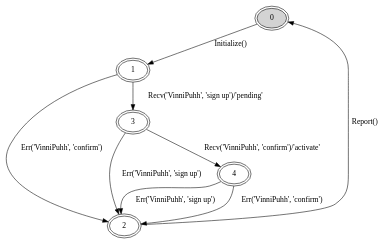
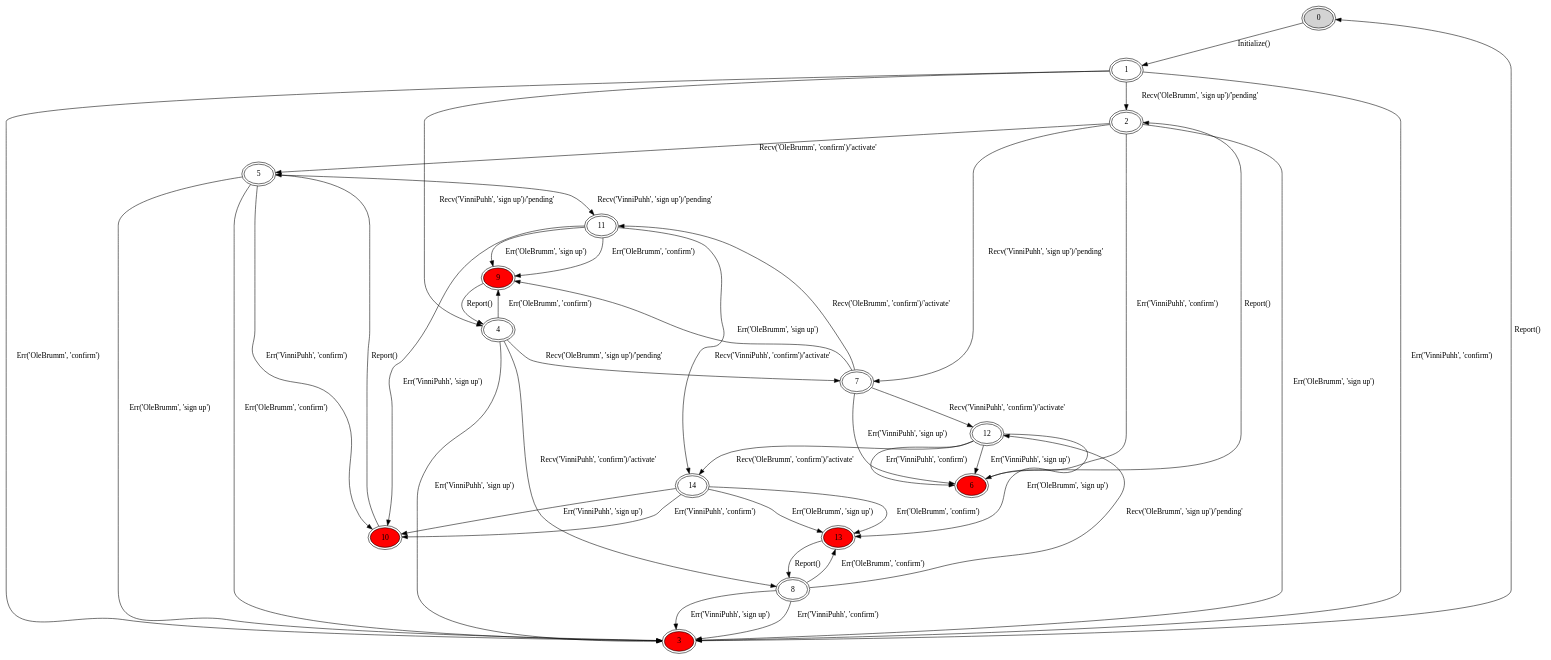
Before and after one commit to calroc/funrdf: the diagram in mdd/EmailSignupModelFSM.dot, drawn with Graphviz. The commit also changed 3 other files, not shown here.

```diff
--- a/mdd/EmailSignupModelFSM.dot
+++ b/mdd/EmailSignupModelFSM.dot
@@ -1,24 +1,78 @@
 digraph EmailSignupModelFSM {
 
   // Nodes
   0 [ style=filled, shape=ellipse, peripheries=2, fillcolor=lightgray,
       tooltip="{'EmailSignupModel': {'activeEmails': set([]), 'mode': 'Inactive', 'pendingEmails': set([])}}" ]
   1 [ style=filled, shape=ellipse, peripheries=2, fillcolor=white,
       tooltip="{'EmailSignupModel': {'activeEmails': set([]), 'mode': 'Running', 'pendingEmails': set([])}}" ]
   2 [ style=filled, shape=ellipse, peripheries=2, fillcolor=white,
+      tooltip="{'EmailSignupModel': {'activeEmails': set([]), 'mode': 'Running', 'pendingEmails': set(['OleBrumm'])}}" ]
+  3 [ style=filled, shape=ellipse, peripheries=2, fillcolor=red,
       tooltip="{'EmailSignupModel': {'activeEmails': set([]), 'mode': 'Error', 'pendingEmails': set([])}}" ]
-  3 [ style=filled, shape=ellipse, peripheries=2, fillcolor=white,
+  4 [ style=filled, shape=ellipse, peripheries=2, fillcolor=white,
       tooltip="{'EmailSignupModel': {'activeEmails': set([]), 'mode': 'Running', 'pendingEmails': set(['VinniPuhh'])}}" ]
-  4 [ style=filled, shape=ellipse, peripheries=2, fillcolor=white,
+  5 [ style=filled, shape=ellipse, peripheries=2, fillcolor=white,
+      tooltip="{'EmailSignupModel': {'activeEmails': set(['OleBrumm']), 'mode': 'Running', 'pendingEmails': set([])}}" ]
+  6 [ style=filled, shape=ellipse, peripheries=2, fillcolor=red,
+      tooltip="{'EmailSignupModel': {'activeEmails': set([]), 'mode': 'Error', 'pendingEmails': set(['OleBrumm'])}}" ]
+  7 [ style=filled, shape=ellipse, peripheries=2, fillcolor=white,
+      tooltip="{'EmailSignupModel': {'activeEmails': set([]), 'mode': 'Running', 'pendingEmails': set(['OleBrumm', 'VinniPuhh'])}}" ]
+  8 [ style=filled, shape=ellipse, peripheries=2, fillcolor=white,
       tooltip="{'EmailSignupModel': {'activeEmails': set(['VinniPuhh']), 'mode': 'Running', 'pendingEmails': set([])}}" ]
+  9 [ style=filled, shape=ellipse, peripheries=2, fillcolor=red,
+      tooltip="{'EmailSignupModel': {'activeEmails': set([]), 'mode': 'Error', 'pendingEmails': set(['VinniPuhh'])}}" ]
+  10 [ style=filled, shape=ellipse, peripheries=2, fillcolor=red,
+      tooltip="{'EmailSignupModel': {'activeEmails': set(['OleBrumm']), 'mode': 'Error', 'pendingEmails': set([])}}" ]
+  11 [ style=filled, shape=ellipse, peripheries=2, fillcolor=white,
+      tooltip="{'EmailSignupModel': {'activeEmails': set(['OleBrumm']), 'mode': 'Running', 'pendingEmails': set(['VinniPuhh'])}}" ]
+  12 [ style=filled, shape=ellipse, peripheries=2, fillcolor=white,
+      tooltip="{'EmailSignupModel': {'activeEmails': set(['VinniPuhh']), 'mode': 'Running', 'pendingEmails': set(['OleBrumm'])}}" ]
+  13 [ style=filled, shape=ellipse, peripheries=2, fillcolor=red,
+      tooltip="{'EmailSignupModel': {'activeEmails': set(['VinniPuhh']), 'mode': 'Error', 'pendingEmails': set([])}}" ]
+  14 [ style=filled, shape=ellipse, peripheries=2, fillcolor=white,
+      tooltip="{'EmailSignupModel': {'activeEmails': set(['OleBrumm', 'VinniPuhh']), 'mode': 'Running', 'pendingEmails': set([])}}" ]
 
   // Transitions
   0 -> 1 [ label="Initialize()", tooltip="Initialize()" ]
-  1 -> 2 [ label="Err('VinniPuhh', 'confirm')", tooltip="Err('VinniPuhh', 'confirm')" ]
-  1 -> 3 [ label="Recv('VinniPuhh', 'sign up')/'pending'", tooltip="Recv('VinniPuhh', 'sign up')/'pending'" ]
-  2 -> 0 [ label="Report()", tooltip="Report()" ]
-  3 -> 2 [ label="Err('VinniPuhh', 'sign up')", tooltip="Err('VinniPuhh', 'sign up')" ]
-  3 -> 4 [ label="Recv('VinniPuhh', 'confirm')/'activate'", tooltip="Recv('VinniPuhh', 'confirm')/'activate'" ]
-  4 -> 2 [ label="Err('VinniPuhh', 'sign up')", tooltip="Err('VinniPuhh', 'sign up')" ]
-  4 -> 2 [ label="Err('VinniPuhh', 'confirm')", tooltip="Err('VinniPuhh', 'confirm')" ]
+  1 -> 2 [ label="Recv('OleBrumm', 'sign up')/'pending'", tooltip="Recv('OleBrumm', 'sign up')/'pending'" ]
+  1 -> 3 [ label="Err('VinniPuhh', 'confirm')", tooltip="Err('VinniPuhh', 'confirm')" ]
+  1 -> 4 [ label="Recv('VinniPuhh', 'sign up')/'pending'", tooltip="Recv('VinniPuhh', 'sign up')/'pending'" ]
+  1 -> 3 [ label="Err('OleBrumm', 'confirm')", tooltip="Err('OleBrumm', 'confirm')" ]
+  2 -> 3 [ label="Err('OleBrumm', 'sign up')", tooltip="Err('OleBrumm', 'sign up')" ]
+  2 -> 5 [ label="Recv('OleBrumm', 'confirm')/'activate'", tooltip="Recv('OleBrumm', 'confirm')/'activate'" ]
+  2 -> 6 [ label="Err('VinniPuhh', 'confirm')", tooltip="Err('VinniPuhh', 'confirm')" ]
+  2 -> 7 [ label="Recv('VinniPuhh', 'sign up')/'pending'", tooltip="Recv('VinniPuhh', 'sign up')/'pending'" ]
+  3 -> 0 [ label="Report()", tooltip="Report()" ]
+  4 -> 7 [ label="Recv('OleBrumm', 'sign up')/'pending'", tooltip="Recv('OleBrumm', 'sign up')/'pending'" ]
+  4 -> 3 [ label="Err('VinniPuhh', 'sign up')", tooltip="Err('VinniPuhh', 'sign up')" ]
+  4 -> 8 [ label="Recv('VinniPuhh', 'confirm')/'activate'", tooltip="Recv('VinniPuhh', 'confirm')/'activate'" ]
+  4 -> 9 [ label="Err('OleBrumm', 'confirm')", tooltip="Err('OleBrumm', 'confirm')" ]
+  5 -> 3 [ label="Err('OleBrumm', 'sign up')", tooltip="Err('OleBrumm', 'sign up')" ]
+  5 -> 10 [ label="Err('VinniPuhh', 'confirm')", tooltip="Err('VinniPuhh', 'confirm')" ]
+  5 -> 11 [ label="Recv('VinniPuhh', 'sign up')/'pending'", tooltip="Recv('VinniPuhh', 'sign up')/'pending'" ]
+  5 -> 3 [ label="Err('OleBrumm', 'confirm')", tooltip="Err('OleBrumm', 'confirm')" ]
+  6 -> 2 [ label="Report()", tooltip="Report()" ]
+  7 -> 9 [ label="Err('OleBrumm', 'sign up')", tooltip="Err('OleBrumm', 'sign up')" ]
+  7 -> 11 [ label="Recv('OleBrumm', 'confirm')/'activate'", tooltip="Recv('OleBrumm', 'confirm')/'activate'" ]
+  7 -> 12 [ label="Recv('VinniPuhh', 'confirm')/'activate'", tooltip="Recv('VinniPuhh', 'confirm')/'activate'" ]
+  7 -> 6 [ label="Err('VinniPuhh', 'sign up')", tooltip="Err('VinniPuhh', 'sign up')" ]
+  8 -> 12 [ label="Recv('OleBrumm', 'sign up')/'pending'", tooltip="Recv('OleBrumm', 'sign up')/'pending'" ]
+  8 -> 3 [ label="Err('VinniPuhh', 'sign up')", tooltip="Err('VinniPuhh', 'sign up')" ]
+  8 -> 3 [ label="Err('VinniPuhh', 'confirm')", tooltip="Err('VinniPuhh', 'confirm')" ]
+  8 -> 13 [ label="Err('OleBrumm', 'confirm')", tooltip="Err('OleBrumm', 'confirm')" ]
+  9 -> 4 [ label="Report()", tooltip="Report()" ]
+  10 -> 5 [ label="Report()", tooltip="Report()" ]
+  11 -> 9 [ label="Err('OleBrumm', 'sign up')", tooltip="Err('OleBrumm', 'sign up')" ]
+  11 -> 10 [ label="Err('VinniPuhh', 'sign up')", tooltip="Err('VinniPuhh', 'sign up')" ]
+  11 -> 14 [ label="Recv('VinniPuhh', 'confirm')/'activate'", tooltip="Recv('VinniPuhh', 'confirm')/'activate'" ]
+  11 -> 9 [ label="Err('OleBrumm', 'confirm')", tooltip="Err('OleBrumm', 'confirm')" ]
+  12 -> 13 [ label="Err('OleBrumm', 'sign up')", tooltip="Err('OleBrumm', 'sign up')" ]
+  12 -> 14 [ label="Recv('OleBrumm', 'confirm')/'activate'", tooltip="Recv('OleBrumm', 'confirm')/'activate'" ]
+  12 -> 6 [ label="Err('VinniPuhh', 'confirm')", tooltip="Err('VinniPuhh', 'confirm')" ]
+  12 -> 6 [ label="Err('VinniPuhh', 'sign up')", tooltip="Err('VinniPuhh', 'sign up')" ]
+  13 -> 8 [ label="Report()", tooltip="Report()" ]
+  14 -> 13 [ label="Err('OleBrumm', 'sign up')", tooltip="Err('OleBrumm', 'sign up')" ]
+  14 -> 10 [ label="Err('VinniPuhh', 'sign up')", tooltip="Err('VinniPuhh', 'sign up')" ]
+  14 -> 10 [ label="Err('VinniPuhh', 'confirm')", tooltip="Err('VinniPuhh', 'confirm')" ]
+  14 -> 13 [ label="Err('OleBrumm', 'confirm')", tooltip="Err('OleBrumm', 'confirm')" ]
 }
```
